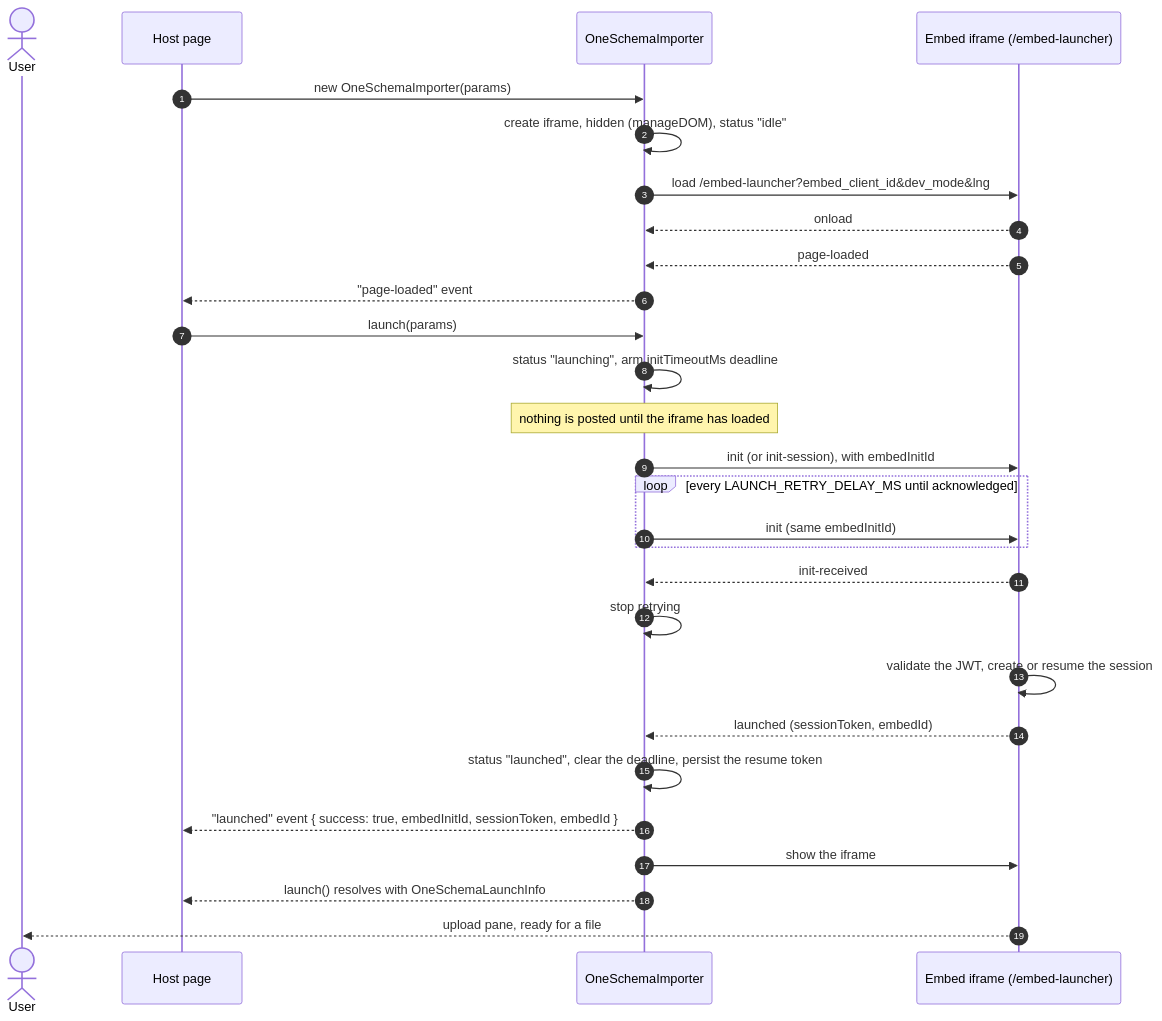
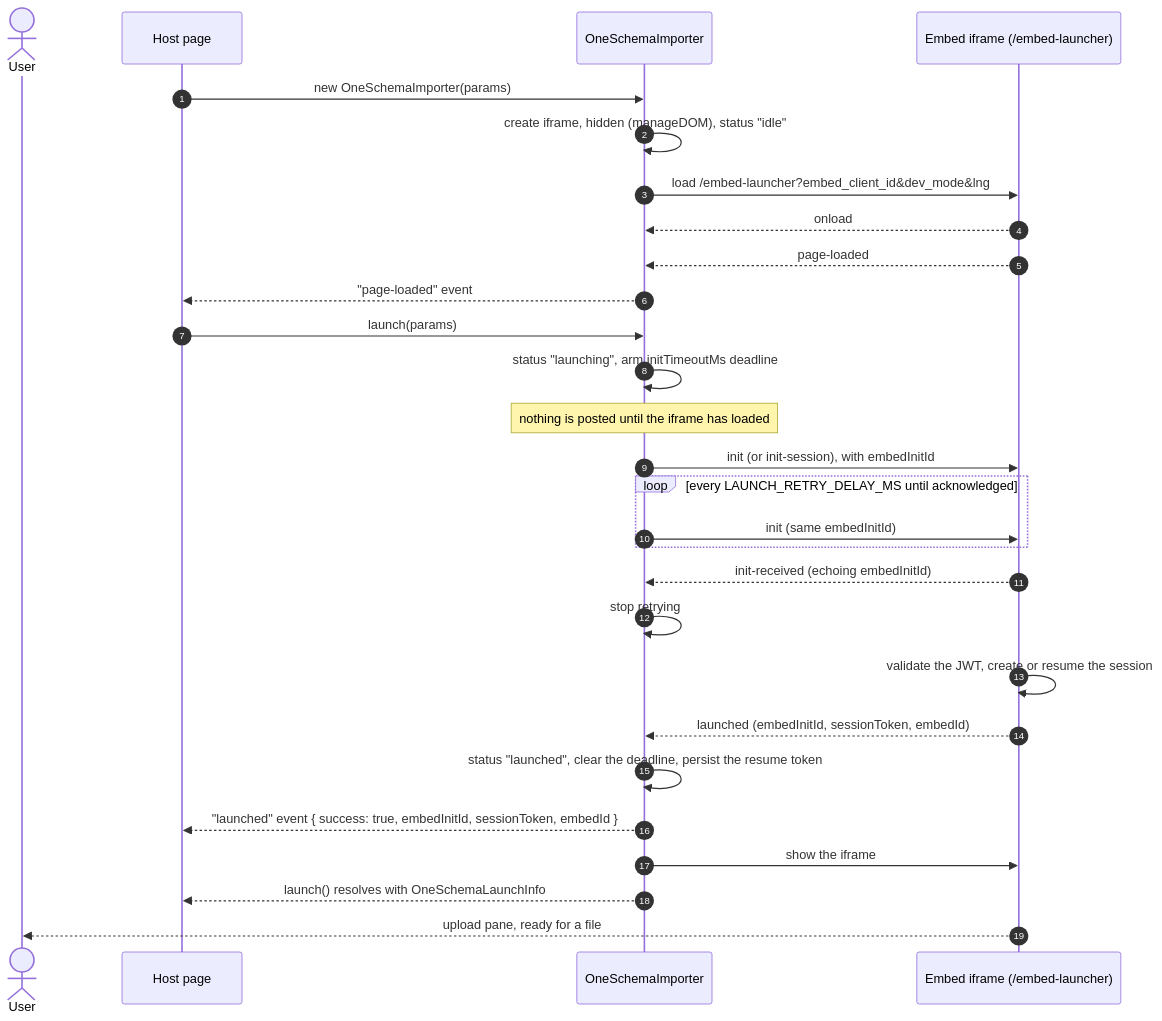
The first of 3 diagrams in packages/importer/LAUNCH-SEQUENCE.md (oneschema/sdk), drawn with Mermaid before and after one commit. The commit also changed 3 other files, not shown here.

First line of the commit message:
docs(importer): name embedInitId on the protocol replies and the cancellation exception

````diff
--- a/packages/importer/LAUNCH-SEQUENCE.md
+++ b/packages/importer/LAUNCH-SEQUENCE.md
@@ -7,33 +7,33 @@
 ```mermaid
 sequenceDiagram
     autonumber
     actor User
     participant Host as Host page
     participant SDK as OneSchemaImporter
     participant Embed as Embed iframe (/embed-launcher)
 
     Host->>SDK: new OneSchemaImporter(params)
     SDK->>SDK: create iframe, hidden (manageDOM), status "idle"
     SDK->>Embed: load /embed-launcher?embed_client_id&dev_mode&lng
     Embed-->>SDK: onload
     Embed-->>SDK: page-loaded
     SDK-->>Host: "page-loaded" event
 
     Host->>SDK: launch(params)
     SDK->>SDK: status "launching", arm initTimeoutMs deadline
     Note over SDK: nothing is posted until the iframe has loaded
     SDK->>Embed: init (or init-session), with embedInitId
     loop every LAUNCH_RETRY_DELAY_MS until acknowledged
         SDK->>Embed: init (same embedInitId)
     end
-    Embed-->>SDK: init-received
+    Embed-->>SDK: init-received (echoing embedInitId)
     SDK->>SDK: stop retrying
 
     Embed->>Embed: validate the JWT, create or resume the session
-    Embed-->>SDK: launched (sessionToken, embedId)
+    Embed-->>SDK: launched (embedInitId, sessionToken, embedId)
     SDK->>SDK: status "launched", clear the deadline, persist the resume token
     SDK-->>Host: "launched" event { success: true, embedInitId, sessionToken, embedId }
     SDK->>Embed: show the iframe
     SDK-->>Host: launch() resolves with OneSchemaLaunchInfo
     Embed-->>User: upload pane, ready for a file
 ```
````
